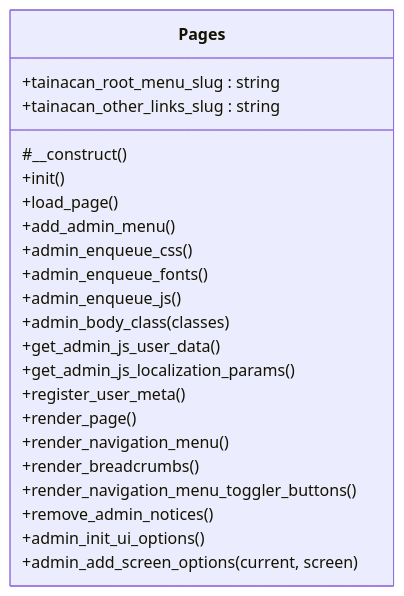
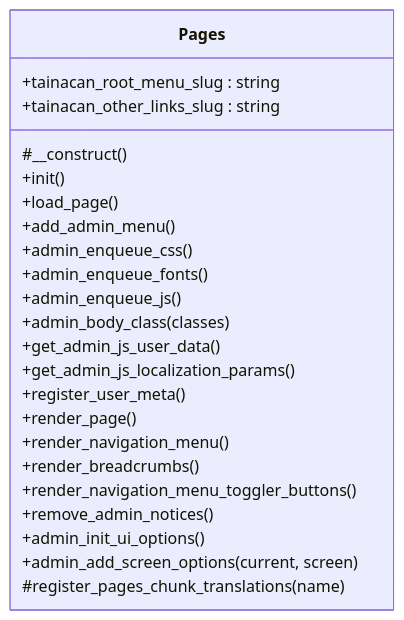
The diagram in docs/phpdoc/classes/Tainacan/Pages.md (tainacan/tainacan), drawn with Mermaid before and after one commit. The commit also changed other lines of this file and 193 other files, not shown here.

````diff
--- a/docs/phpdoc/classes/Tainacan/Pages.md
+++ b/docs/phpdoc/classes/Tainacan/Pages.md
@@ -13,26 +13,27 @@
 ```mermaid
 classDiagram
     direction TB
     class Pages {
         +tainacan_root_menu_slug : string
         +tainacan_other_links_slug : string
         #__construct()
         +init()
         +load_page()
         +add_admin_menu()
         +admin_enqueue_css()
         +admin_enqueue_fonts()
         +admin_enqueue_js()
         +admin_body_class(classes)
         +get_admin_js_user_data()
         +get_admin_js_localization_params()
         +register_user_meta()
         +render_page()
         +render_navigation_menu()
         +render_breadcrumbs()
         +render_navigation_menu_toggler_buttons()
         +remove_admin_notices()
         +admin_init_ui_options()
         +admin_add_screen_options(current, screen)
+        #register_pages_chunk_translations(name)
     }
 ```
````
